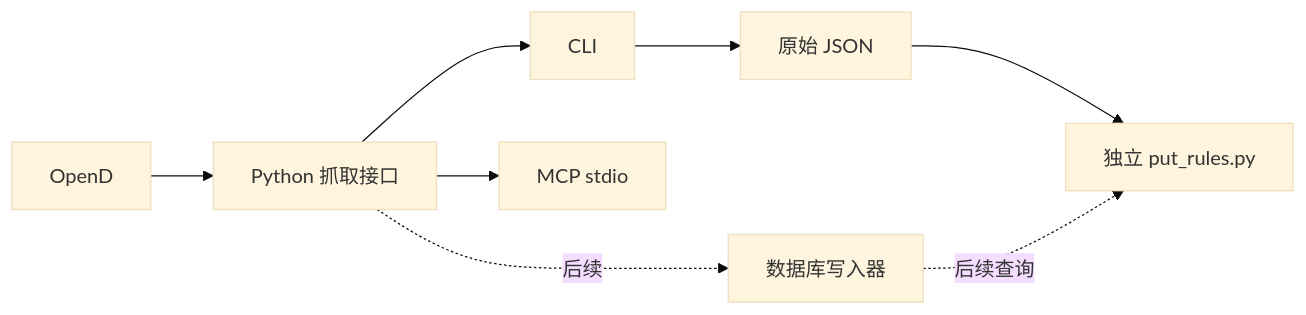
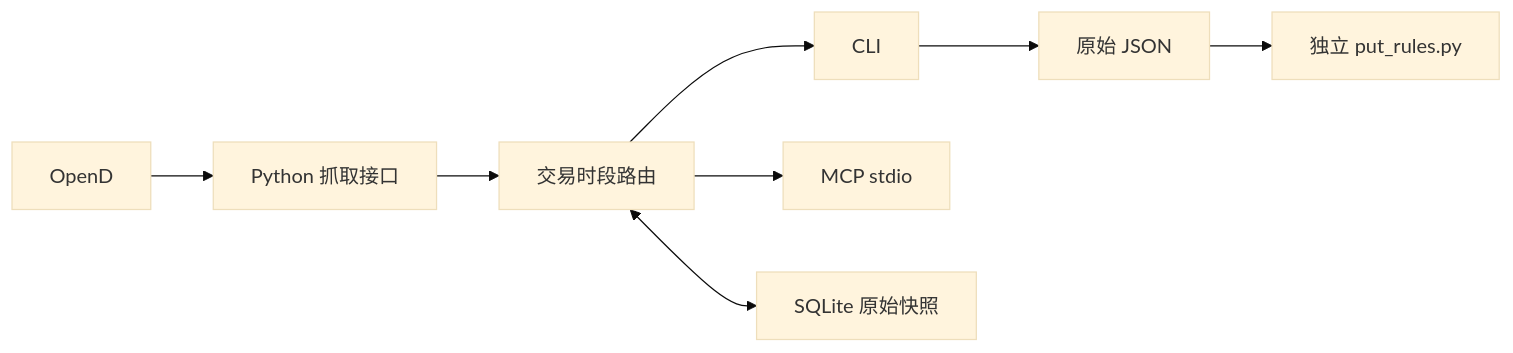
Before and after one commit to charzl/MooPie: the diagram in docs/market-data.md, drawn with Mermaid (base theme). The commit also changed other lines of this file and 328 other files, not shown here.

````diff
--- a/docs/market-data.md
+++ b/docs/market-data.md
@@ -7,10 +7,10 @@
 ```mermaid
 flowchart LR
   OpenD --> Collection[Python 抓取接口]
-  Collection --> CLI[CLI]
-  Collection --> MCP[MCP stdio]
+  Collection --> Router[交易时段路由]
+  Router --> CLI[CLI]
+  Router --> MCP[MCP stdio]
   CLI --> JSON[原始 JSON]
   JSON --> Rules[独立 put_rules.py]
-  Collection -. 后续 .-> Store[数据库写入器]
-  Store -. 后续查询 .-> Rules
+  Router <--> Store[SQLite 原始快照]
 ```
````
